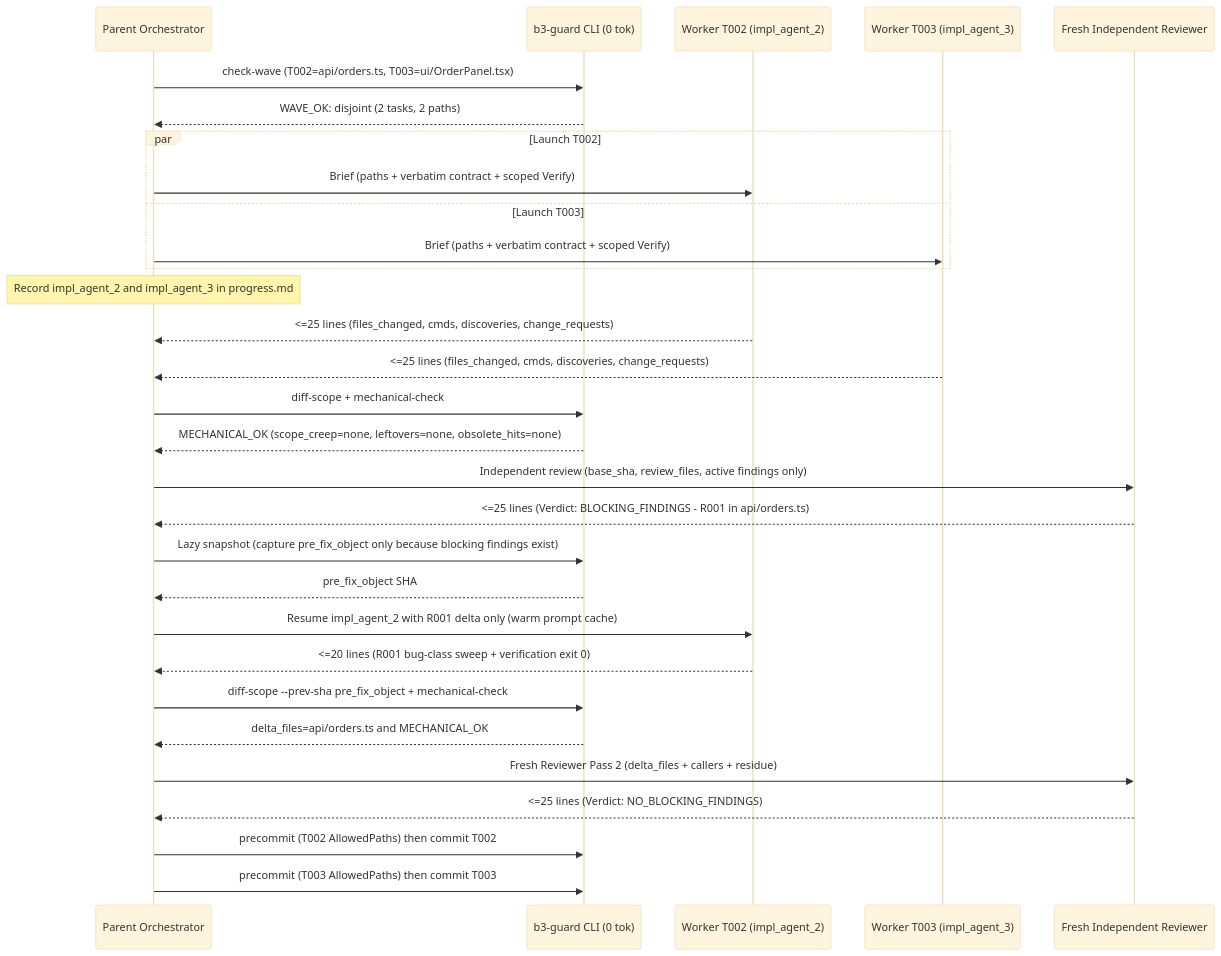
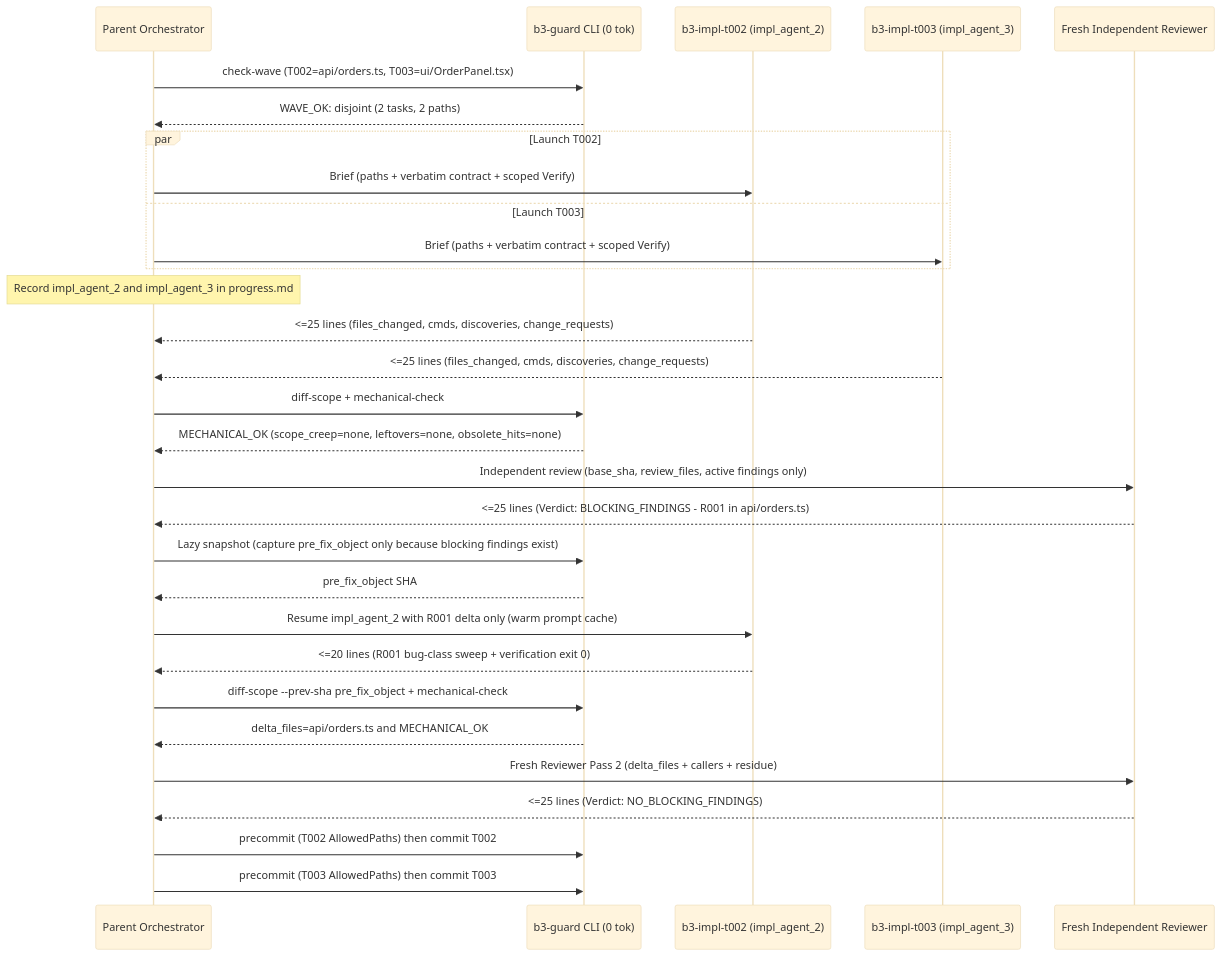
One commit to hptbee/b3_ai-engineering changed the second of 5 diagrams in docs/ship-and-review-guide.md. Above: the diagram before and after it, drawn with Mermaid (base theme). The commit also changed other lines of this file and 9 other files, not shown here.

````diff
--- a/docs/ship-and-review-guide.md
+++ b/docs/ship-and-review-guide.md
@@ -66,42 +66,42 @@
 ```mermaid
 sequenceDiagram
     participant P as Parent Orchestrator
     participant G as b3-guard CLI (0 tok)
-    participant W2 as Worker T002 (impl_agent_2)
-    participant W3 as Worker T003 (impl_agent_3)
+    participant S2 as b3-impl-t002 (impl_agent_2)
+    participant S3 as b3-impl-t003 (impl_agent_3)
     participant R as Fresh Independent Reviewer
 
     P->>G: check-wave (T002=api/orders.ts, T003=ui/OrderPanel.tsx)
     G-->>P: WAVE_OK: disjoint (2 tasks, 2 paths)
 
     par Launch T002
-        P->>W2: Brief (paths + verbatim contract + scoped Verify)
+        P->>S2: Brief (paths + verbatim contract + scoped Verify)
     and Launch T003
-        P->>W3: Brief (paths + verbatim contract + scoped Verify)
+        P->>S3: Brief (paths + verbatim contract + scoped Verify)
     end
     Note over P: Record impl_agent_2 and impl_agent_3 in progress.md
 
-    W2-->>P: <=25 lines (files_changed, cmds, discoveries, change_requests)
-    W3-->>P: <=25 lines (files_changed, cmds, discoveries, change_requests)
+    S2-->>P: <=25 lines (files_changed, cmds, discoveries, change_requests)
+    S3-->>P: <=25 lines (files_changed, cmds, discoveries, change_requests)
 
     P->>G: diff-scope + mechanical-check
     G-->>P: MECHANICAL_OK (scope_creep=none, leftovers=none, obsolete_hits=none)
 
     P->>R: Independent review (base_sha, review_files, active findings only)
     R-->>P: <=25 lines (Verdict: BLOCKING_FINDINGS - R001 in api/orders.ts)
 
     P->>G: Lazy snapshot (capture pre_fix_object only because blocking findings exist)
     G-->>P: pre_fix_object SHA
 
-    P->>W2: Resume impl_agent_2 with R001 delta only (warm prompt cache)
-    W2-->>P: <=20 lines (R001 bug-class sweep + verification exit 0)
+    P->>S2: Resume impl_agent_2 with R001 delta only (warm prompt cache)
+    S2-->>P: <=20 lines (R001 bug-class sweep + verification exit 0)
 
     P->>G: diff-scope --prev-sha pre_fix_object + mechanical-check
     G-->>P: delta_files=api/orders.ts and MECHANICAL_OK
 
     P->>R: Fresh Reviewer Pass 2 (delta_files + callers + residue)
     R-->>P: <=25 lines (Verdict: NO_BLOCKING_FINDINGS)
 
     P->>G: precommit (T002 AllowedPaths) then commit T002
     P->>G: precommit (T003 AllowedPaths) then commit T003
 ```
````
